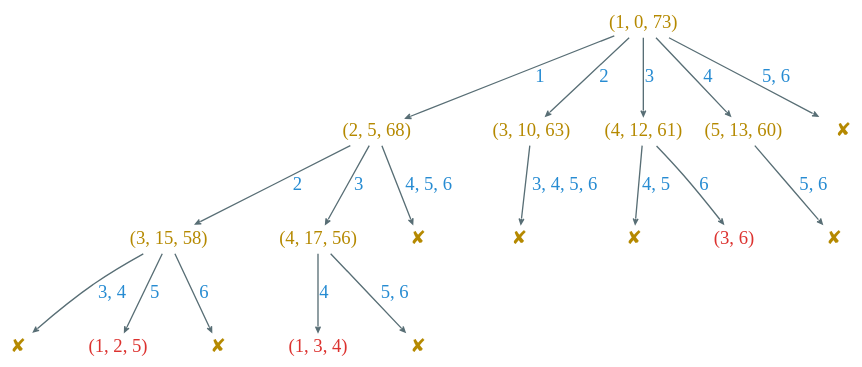
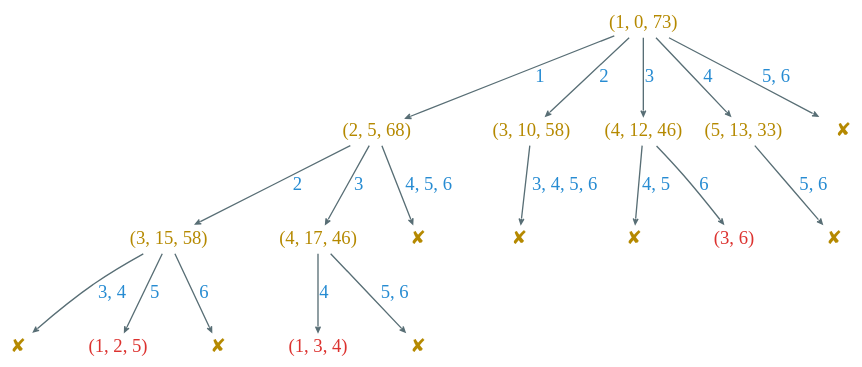
One commit to Avanti1980/course-alg changed the diagram in dot/subset-sum-example-var-len.dot. Above: the diagram before and after it, drawn with Graphviz. The commit also changed 3 other files, not shown here.

```diff
--- a/dot/subset-sum-example-var-len.dot
+++ b/dot/subset-sum-example-var-len.dot
@@ -1,68 +1,68 @@
 digraph g {
     bgcolor=transparent
     rankdir=TB
     graph [nodesep=0.45,  ranksep=0.6]
     node [shape=plaintext,  color="#586e75",  fixedsize=true,  width=0.6,  height=0.3,  fontcolor="#b58900",  fontsize=14,  fontname="LXGWWenKai"]
     edge [arrowhead=vee,  color="#586e75",  fontcolor="#268bd2",  fontsize=14,  fontname="LXGWWenKai",  arrowsize=0.4]
 
     "(1, 0, 73)" -> "(2, 5, 68)" [label=1]
     "(2, 5, 68)" -> "(3, 15, 58)" [label=2]
 
     n1 [label=✘]
     
     "(3, 15, 58)" -> n1 [label="3, 4"]
 
     node [fontcolor="#dc322f"]
 
     "(3, 15, 58)" -> "(1, 2, 5)" [label=5]
 
     node [fontcolor="#b58900"]
 
     n3 [label=✘]
 
     "(3, 15, 58)" -> n3 [label=6]
 
-    "(2, 5, 68)" -> "(4, 17, 56)" [label=3]
+    "(2, 5, 68)" -> "(4, 17, 46)" [label=3]
 
     n14 [label=✘]
 
     "(2, 5, 68)" -> n14 [label="4, 5, 6"]
 
     node [fontcolor="#dc322f"]
 
-    "(4, 17, 56)" -> "(1, 3, 4)" [label=4]
+    "(4, 17, 46)" -> "(1, 3, 4)" [label=4]
 
     node [fontcolor="#b58900"]
 
     n4 [label=✘]
 
-    "(4, 17, 56)" -> n4 [label="5, 6"]
+    "(4, 17, 46)" -> n4 [label="5, 6"]
 
-    "(1, 0, 73)" -> "(3, 10, 63)" [label=2]
+    "(1, 0, 73)" -> "(3, 10, 58)" [label=2]
 
     n6 [label=✘]
 
-    "(3, 10, 63)" -> n6 [label="3, 4, 5, 6"]
+    "(3, 10, 58)" -> n6 [label="3, 4, 5, 6"]
 
-    "(1, 0, 73)" -> "(4, 12, 61)" [label=3]
+    "(1, 0, 73)" -> "(4, 12, 46)" [label=3]
 
     n10 [label=✘]
 
-    "(4, 12, 61)" -> n10 [label="4, 5"]
+    "(4, 12, 46)" -> n10 [label="4, 5"]
 
     node [fontcolor="#dc322f"]
 
-    "(4, 12, 61)" -> "(3, 6)" [label=6]
+    "(4, 12, 46)" -> "(3, 6)" [label=6]
 
     node [fontcolor="#b58900"]
 
-    "(1, 0, 73)" -> "(5, 13, 60)" [label=4]
+    "(1, 0, 73)" -> "(5, 13, 33)" [label=4]
 
     n12 [label=✘]
 
-    "(5, 13, 60)" -> n12 [label="5, 6"]
+    "(5, 13, 33)" -> n12 [label="5, 6"]
 
     n17 [label=✘]
 
     "(1, 0, 73)" -> n17 [label="5, 6"]
 }
```
